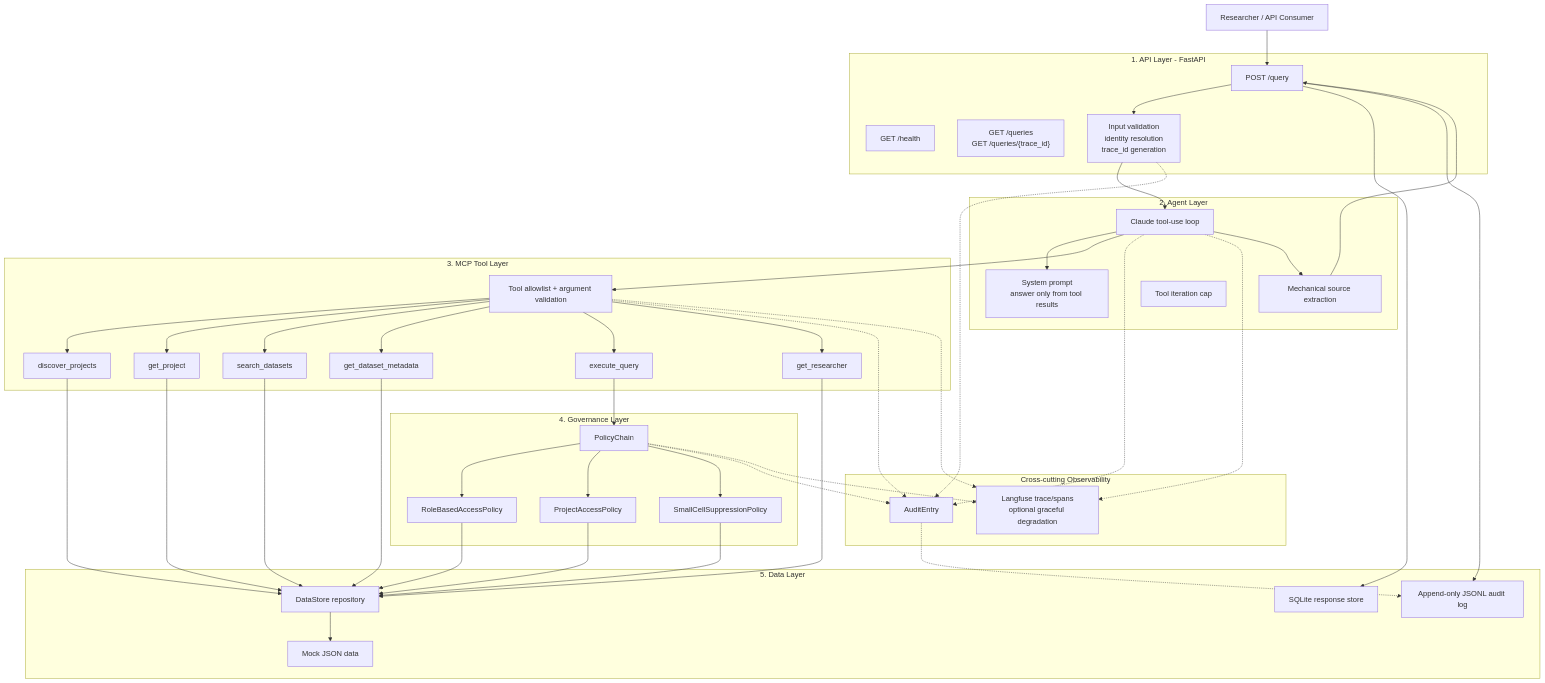
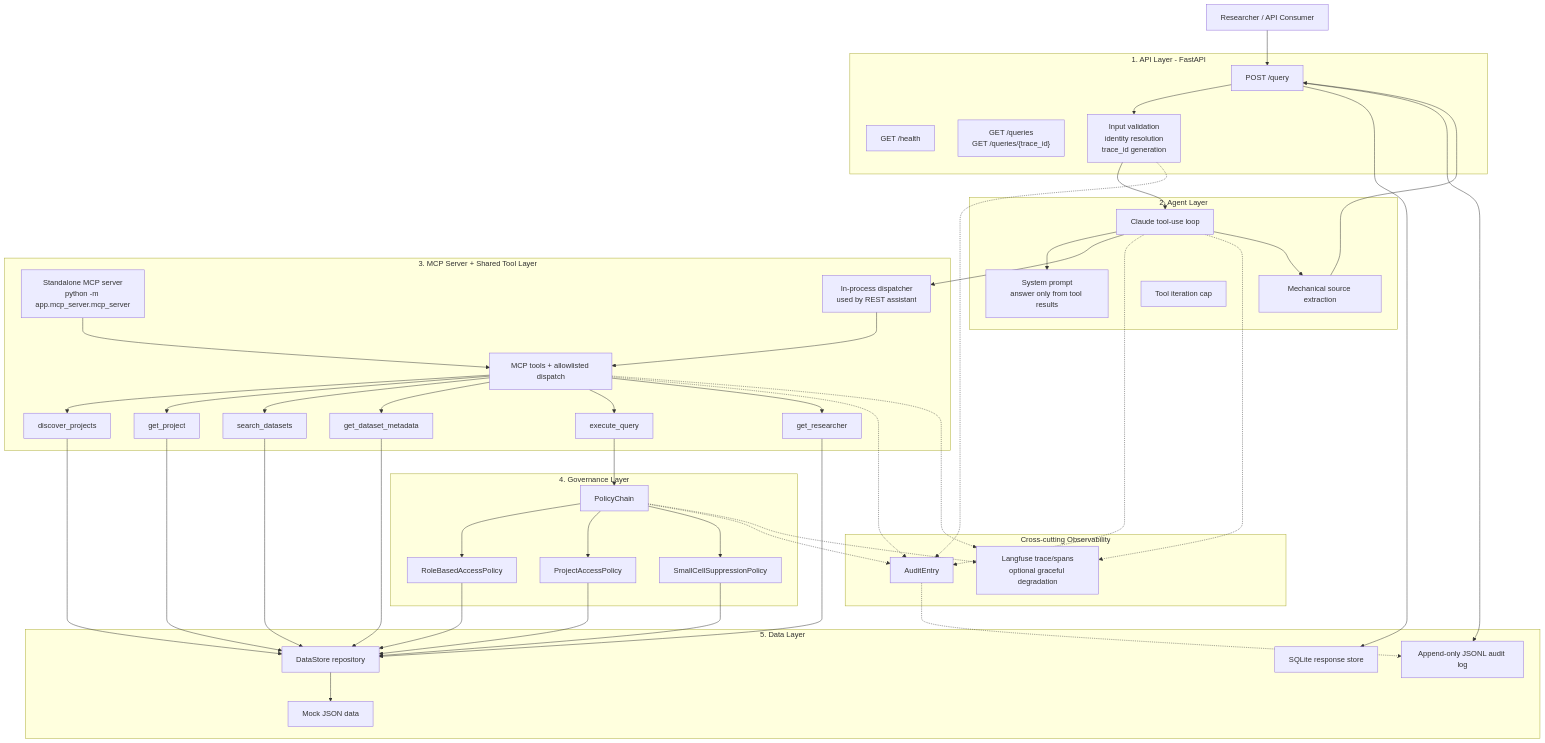
The first of 2 diagrams in README.md (motolaji/ai-research-assistant-assessment), drawn with Mermaid before and after one commit. The commit also changed other lines of this file and 2 other files, not shown here.

Commit message:
Update:MCP server and ReadMe

```diff
--- a/README.md
+++ b/README.md
@@ -99,14 +101,16 @@
         iterationCap["Tool iteration cap"]
     end
 
-    subgraph mcp["3. MCP Tool Layer"]
+    subgraph mcp["3. MCP Server + Shared Tool Layer"]
+        mcpServer["Standalone MCP server<br/>python -m app.mcp_server.mcp_server"]
+        dispatcher["In-process dispatcher<br/>used by REST assistant"]
+        toolBoundary["MCP tools + allowlisted dispatch"]
         discoverProjects["discover_projects"]
         getProject["get_project"]
         searchDatasets["search_datasets"]
         getDataset["get_dataset_metadata"]
         executeQuery["execute_query"]
         getResearcher["get_researcher"]
-        allowlist["Tool allowlist + argument validation"]
     end
 
     subgraph governance["4. Governance Layer"]
@@ -132,13 +136,16 @@
     postQuery --> validation
     validation --> llm
     llm --> prompt
-    llm --> allowlist
-    allowlist --> discoverProjects
-    allowlist --> getProject
-    allowlist --> searchDatasets
-    allowlist --> getDataset
-    allowlist --> executeQuery
-    allowlist --> getResearcher
+    llm --> dispatcher
+    mcpServer --> toolBoundary
+    dispatcher --> toolBoundary
+
+    toolBoundary --> discoverProjects
+    toolBoundary --> getProject
+    toolBoundary --> searchDatasets
+    toolBoundary --> getDataset
+    toolBoundary --> executeQuery
+    toolBoundary --> getResearcher
 
     discoverProjects --> repository
     getProject --> repository
@@ -160,12 +167,12 @@
 
     validation -.-> audit
     llm -.-> audit
-    allowlist -.-> audit
+    toolBoundary -.-> audit
     policyChain -.-> audit
     audit -.-> auditFile
 
     llm -.-> langfuse
-    allowlist -.-> langfuse
+    toolBoundary -.-> langfuse
     policyChain -.-> langfuse
 
     llm --> sourceExtraction
```
